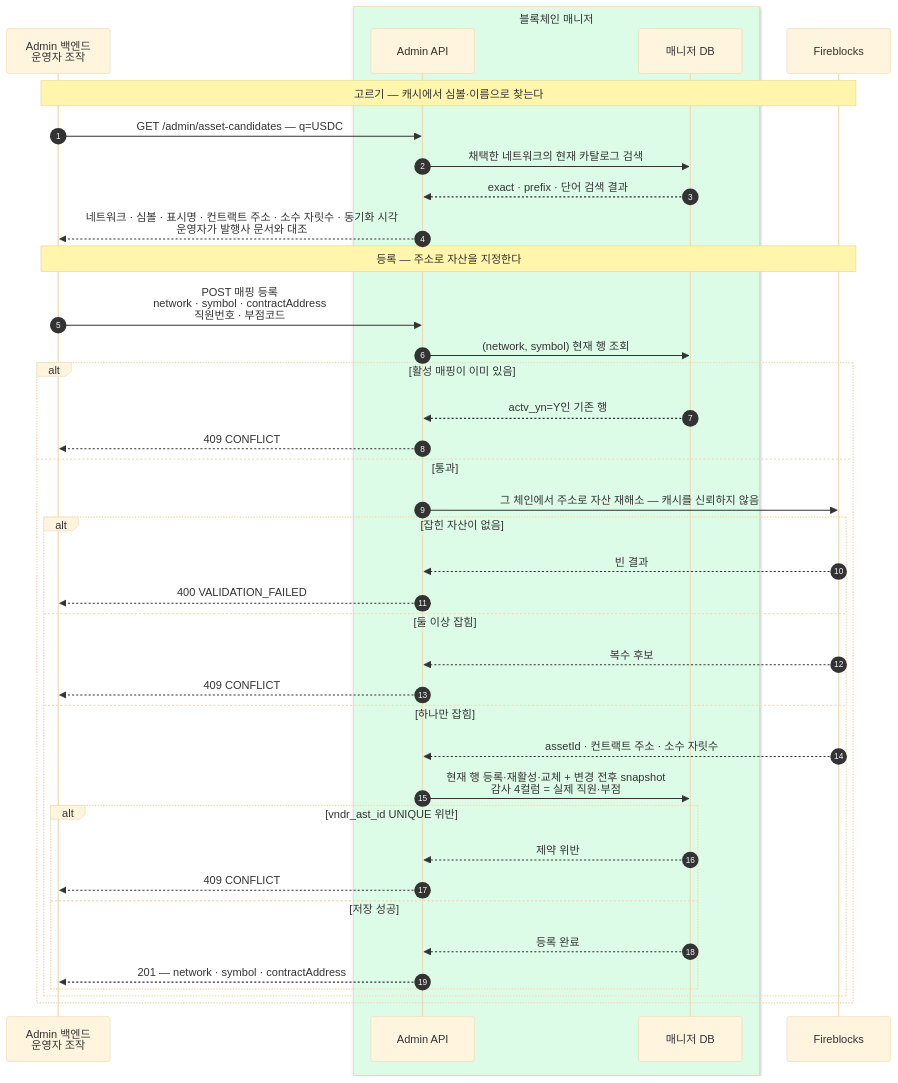
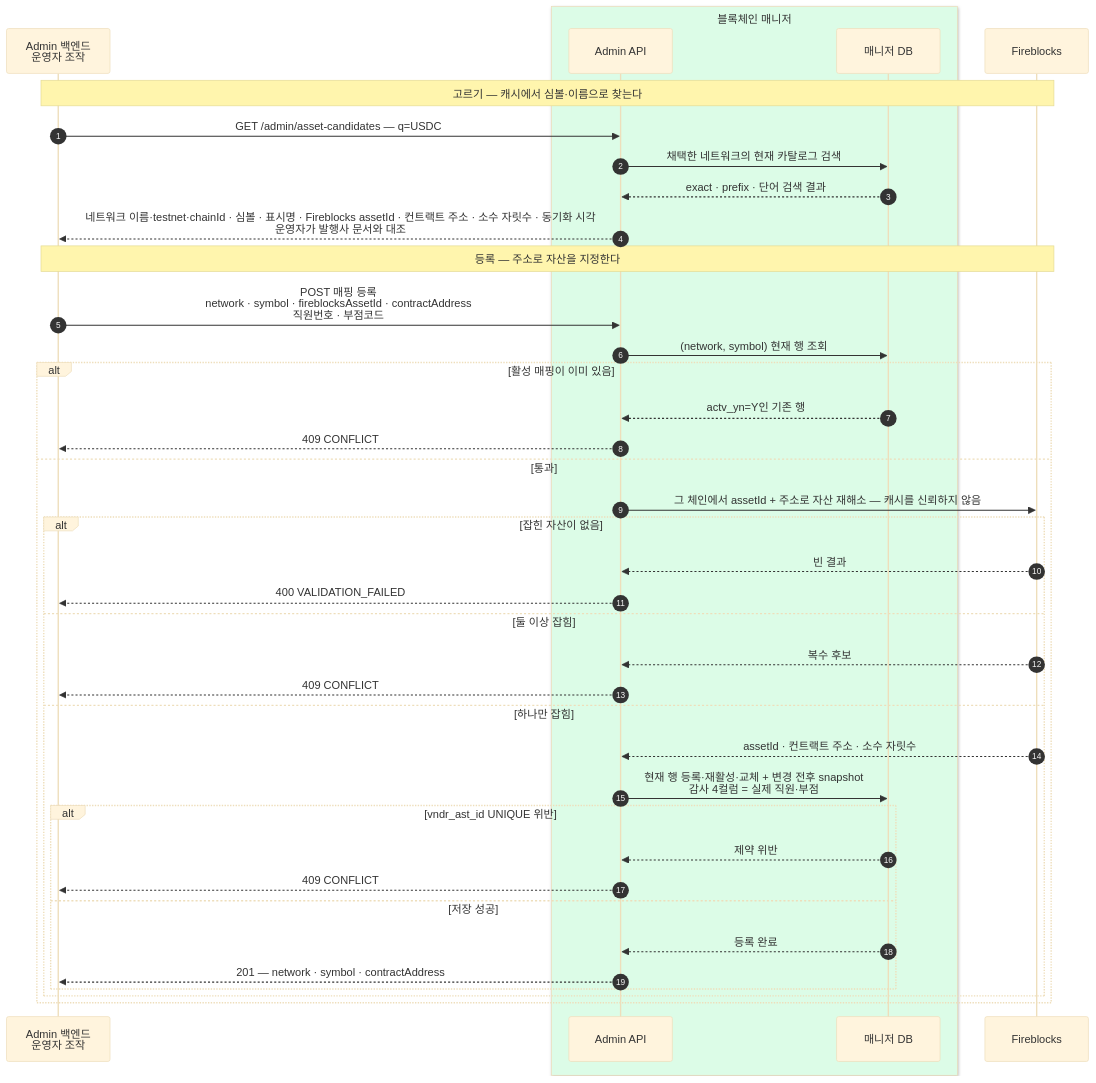
One commit to eunsujeo/fireblocks-test changed the diagram in docs/design/07-asset-master.md. Above: the diagram before and after it, drawn with Mermaid (base theme). The commit also changed other lines of this file and 23 other files, not shown here.

````diff
--- a/docs/design/07-asset-master.md
+++ b/docs/design/07-asset-master.md
@@ -178,43 +180,43 @@
 ```mermaid
 sequenceDiagram
     autonumber
     participant ADM as Admin 백엔드<br/>운영자 조작
     box rgb(220,252,231) 블록체인 매니저
     participant API as Admin API
     participant MDB as 매니저 DB
     end
     participant FB as Fireblocks
 
     Note over ADM,FB: 고르기 — 캐시에서 심볼·이름으로 찾는다
     ADM->>API: GET /admin/asset-candidates — q=USDC
     API->>MDB: 채택한 네트워크의 현재 카탈로그 검색
     MDB-->>API: exact · prefix · 단어 검색 결과
-    API-->>ADM: 네트워크 · 심볼 · 표시명 · 컨트랙트 주소 · 소수 자릿수 · 동기화 시각<br/>운영자가 발행사 문서와 대조
+    API-->>ADM: 네트워크 이름·testnet·chainId · 심볼 · 표시명 · Fireblocks assetId · 컨트랙트 주소 · 소수 자릿수 · 동기화 시각<br/>운영자가 발행사 문서와 대조
 
     Note over ADM,FB: 등록 — 주소로 자산을 지정한다
-    ADM->>API: POST 매핑 등록<br/>network · symbol · contractAddress<br/>직원번호 · 부점코드
+    ADM->>API: POST 매핑 등록<br/>network · symbol · fireblocksAssetId · contractAddress<br/>직원번호 · 부점코드
     API->>MDB: (network, symbol) 현재 행 조회
     alt 활성 매핑이 이미 있음
         MDB-->>API: actv_yn=Y인 기존 행
         API-->>ADM: 409 CONFLICT
     else 통과
-        API->>FB: 그 체인에서 주소로 자산 재해소 — 캐시를 신뢰하지 않음
+        API->>FB: 그 체인에서 assetId + 주소로 자산 재해소 — 캐시를 신뢰하지 않음
         alt 잡힌 자산이 없음
             FB-->>API: 빈 결과
             API-->>ADM: 400 VALIDATION_FAILED
         else 둘 이상 잡힘
             FB-->>API: 복수 후보
             API-->>ADM: 409 CONFLICT
         else 하나만 잡힘
             FB-->>API: assetId · 컨트랙트 주소 · 소수 자릿수
             API->>MDB: 현재 행 등록·재활성·교체 + 변경 전후 snapshot<br/>감사 4컬럼 = 실제 직원·부점
             alt vndr_ast_id UNIQUE 위반
                 MDB-->>API: 제약 위반
                 API-->>ADM: 409 CONFLICT
             else 저장 성공
                 MDB-->>API: 등록 완료
                 API-->>ADM: 201 — network · symbol · contractAddress
             end
         end
     end
 ```
````
